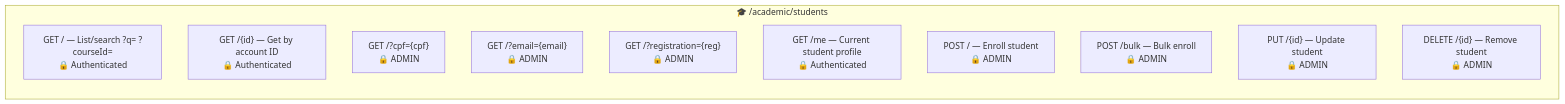
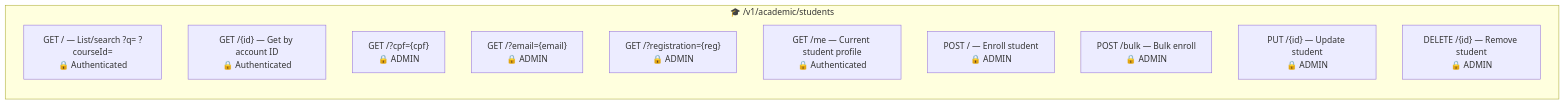
Before and after one commit to Plataforma-Universidade-Gratuita/pug-service: the fourth of 6 diagrams in src/main/java/br/org/catolicasc/pug/academic/README.md, drawn with Mermaid. The commit also changed other lines of this file and 137 other files, not shown here.

````diff
--- a/src/main/java/br/org/catolicasc/pug/academic/README.md
+++ b/src/main/java/br/org/catolicasc/pug/academic/README.md
@@ -119,16 +119,16 @@
 ```mermaid
 graph LR
-    subgraph Students["🎓 /academic/students"]
+    subgraph Students["🎓 /v1/academic/students"]
         direction TB
         GET_LIST["GET / — List/search ?q= ?courseId=<br/>🔒 Authenticated"]
         GET_ID["GET /{id} — Get by account ID<br/>🔒 Authenticated"]
         GET_CPF["GET /?cpf={cpf}<br/>🔒 ADMIN"]
         GET_EMAIL["GET /?email={email}<br/>🔒 ADMIN"]
         GET_REG["GET /?registration={reg}<br/>🔒 ADMIN"]
         GET_ME["GET /me — Current student profile<br/>🔒 Authenticated"]
         POST["POST / — Enroll student<br/>🔒 ADMIN"]
         POST_BULK["POST /bulk — Bulk enroll<br/>🔒 ADMIN"]
         PUT["PUT /{id} — Update student<br/>🔒 ADMIN"]
         DELETE["DELETE /{id} — Remove student<br/>🔒 ADMIN"]
     end
 ```
````
